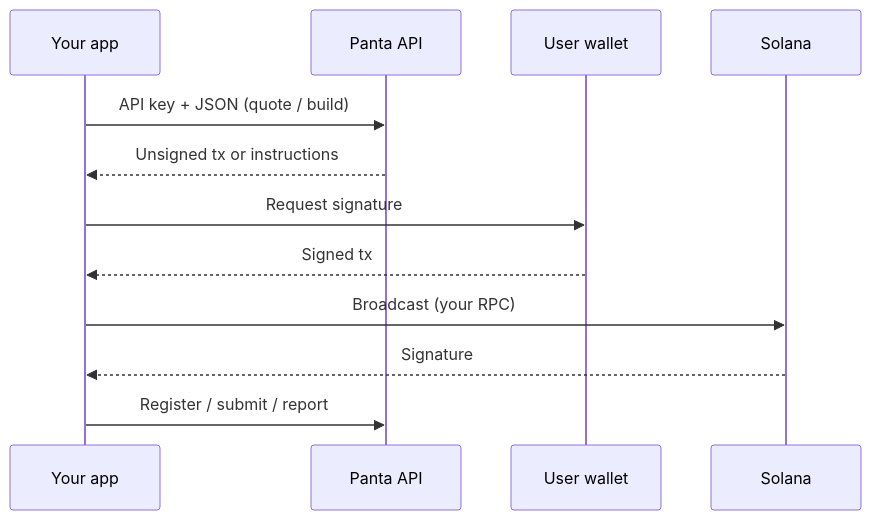
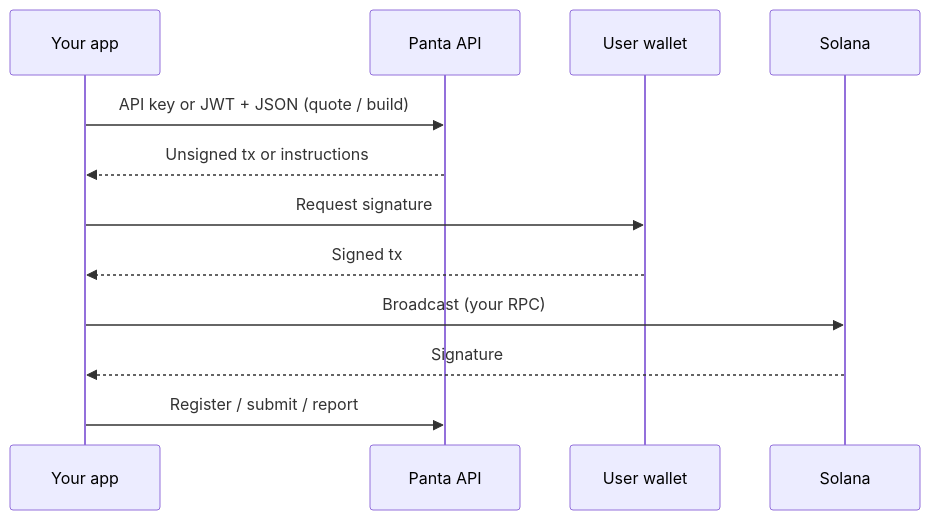
Before and after one commit to Kaito-HQ/panta-api-pub: the diagram in index.mdx, drawn with Mermaid. The commit also changed other lines of this file and 18 other files, not shown here.

First line of the commit message:
Document JWT auth, dual-env keys, and signup flows.

````diff
--- a/index.mdx
+++ b/index.mdx
@@ -39,15 +39,15 @@
 ```mermaid
 sequenceDiagram
   participant App as Your app
   participant API as Panta API
   participant Wallet as User wallet
   participant Solana as Solana
 
-  App->>API: API key + JSON (quote / build)
+  App->>API: API key or JWT + JSON (quote / build)
   API-->>App: Unsigned tx or instructions
   App->>Wallet: Request signature
   Wallet-->>App: Signed tx
   App->>Solana: Broadcast (your RPC)
   Solana-->>App: Signature
   App->>API: Register / submit / report
 ```
````
